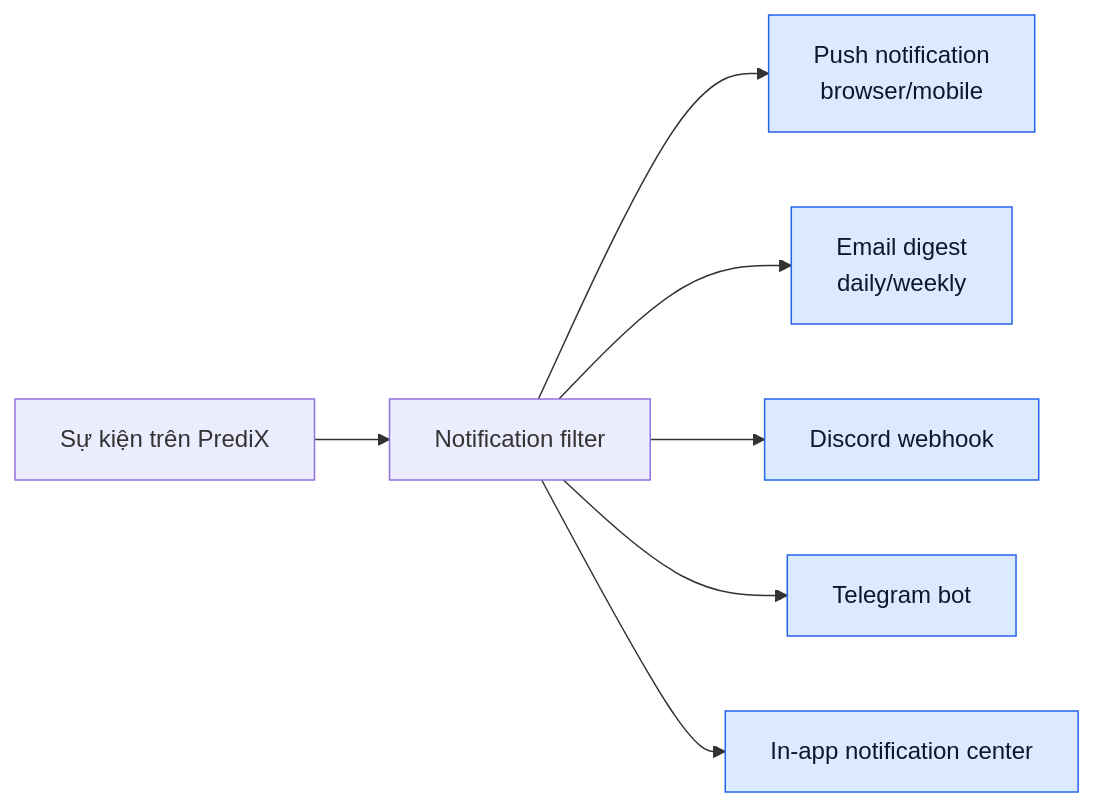
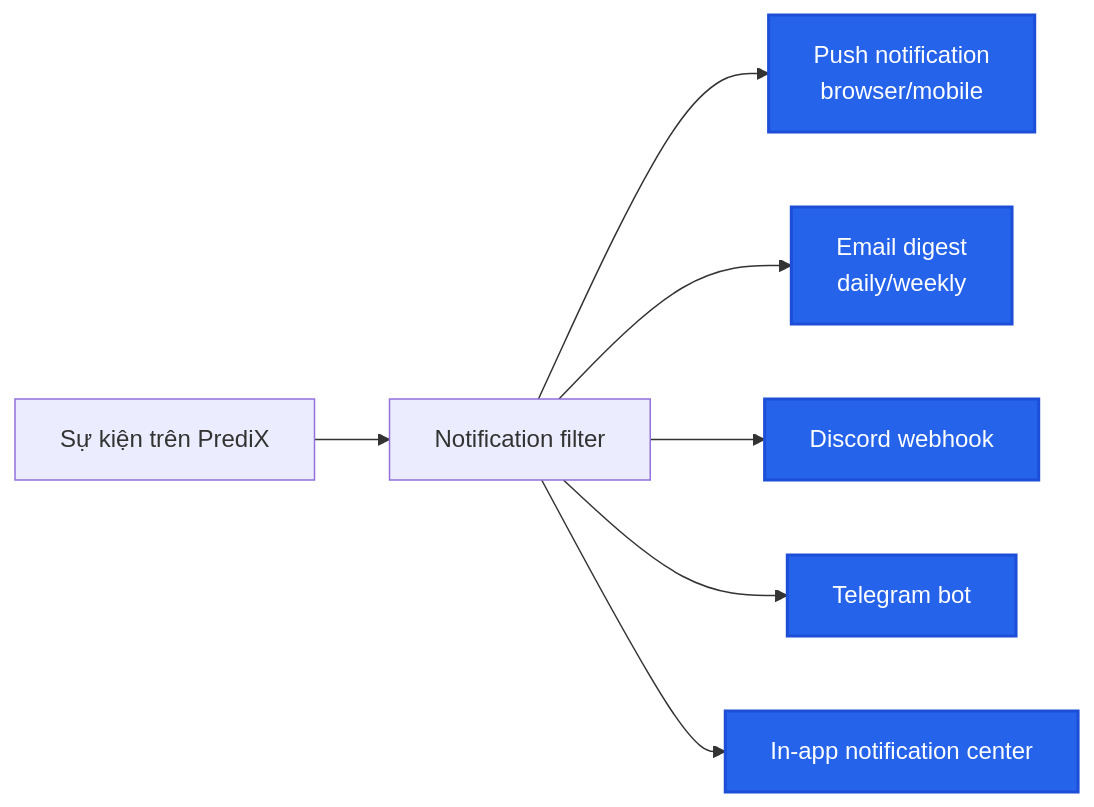
The first of 2 diagrams in vi_v6/cong-dong/notifications.md (PrediX-Protocol/predix-docs), drawn with Mermaid before and after one commit. The commit also changed other lines of this file and 32 other files, not shown here.

First line of the commit message:
docs(vi_v6): redesign Mermaid theme — solid mid-tone palette + dark theme

````diff
--- a/vi_v6/cong-dong/notifications.md
+++ b/vi_v6/cong-dong/notifications.md
@@ -7,12 +7,12 @@
 ```mermaid
 flowchart LR
     Event[Sự kiện trên PrediX] --> Filter[Notification filter]
     Filter --> Push[Push notification<br/>browser/mobile]
     Filter --> Email[Email digest<br/>daily/weekly]
     Filter --> Discord[Discord webhook]
     Filter --> Telegram[Telegram bot]
     Filter --> InApp[In-app notification center]
 
-    classDef ch fill:#dbeafe,stroke:#2563eb,color:#0f172a
+    classDef ch fill:#2563eb,stroke:#1d4ed8,color:#fff,stroke-width:2px
     class Push,Email,Discord,Telegram,InApp ch
 ```
````
